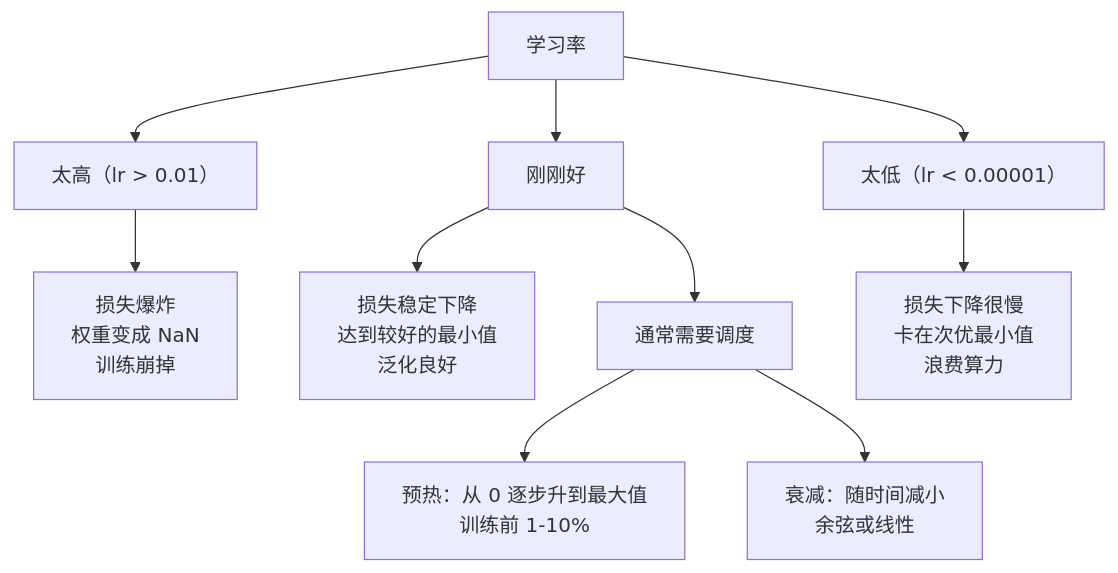
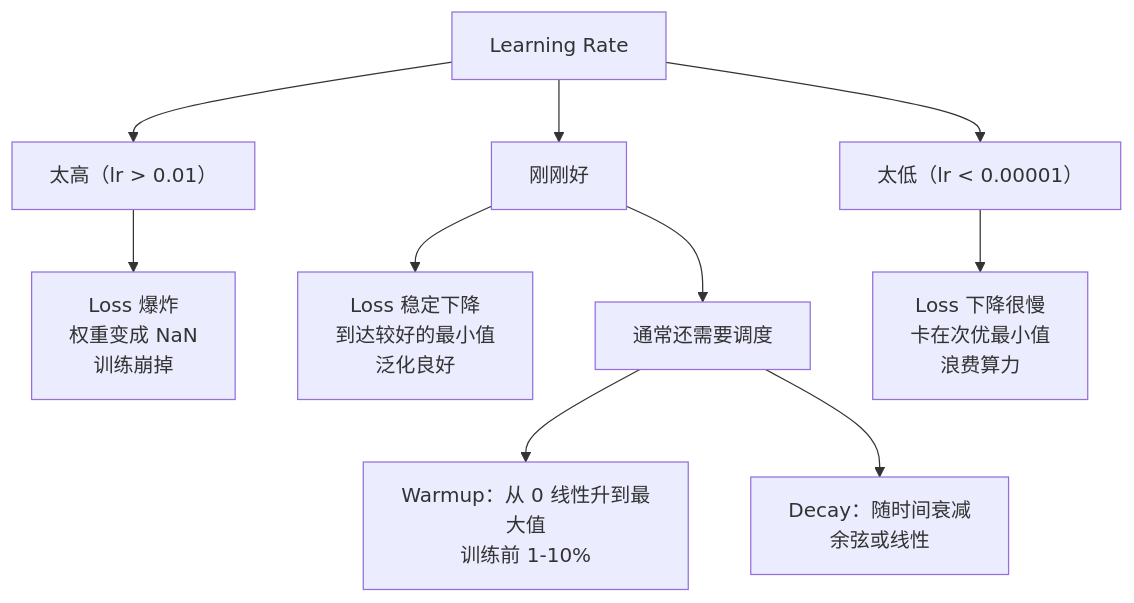
Before and after one commit to omigaZen/ai-engineering-from-scratch: the first of 3 diagrams in phases/03-deep-learning-core/06-optimizers/docs/zh.md, drawn with Mermaid. The commit also changed other lines of this file, not shown here.

````diff
--- a/phases/03-deep-learning-core/06-optimizers/docs/zh.md
+++ b/phases/03-deep-learning-core/06-optimizers/docs/zh.md
@@ -113,14 +119,14 @@
 ```mermaid
 graph TD
-    LR["学习率"] --> TooHigh["太高（lr > 0.01）"]
+    LR["Learning Rate"] --> TooHigh["太高（lr > 0.01）"]
     LR --> JustRight["刚刚好"]
     LR --> TooLow["太低（lr < 0.00001）"]
 
-    TooHigh --> Diverge["损失爆炸<br/>权重变成 NaN<br/>训练崩掉"]
-    JustRight --> Converge["损失稳定下降<br/>达到较好的最小值<br/>泛化良好"]
-    TooLow --> Stall["损失下降很慢<br/>卡在次优最小值<br/>浪费算力"]
+    TooHigh --> Diverge["Loss 爆炸<br/>权重变成 NaN<br/>训练崩掉"]
+    JustRight --> Converge["Loss 稳定下降<br/>到达较好的最小值<br/>泛化良好"]
+    TooLow --> Stall["Loss 下降很慢<br/>卡在次优最小值<br/>浪费算力"]
 
-    JustRight --> Schedule["通常需要调度"]
-    Schedule --> Warmup["预热：从 0 逐步升到最大值<br/>训练前 1-10%"]
-    Schedule --> Decay["衰减：随时间减小<br/>余弦或线性"]
+    JustRight --> Schedule["通常还需要调度"]
+    Schedule --> Warmup["Warmup：从 0 线性升到最大值<br/>训练前 1-10%"]
+    Schedule --> Decay["Decay：随时间衰减<br/>余弦或线性"]
 ```
````
